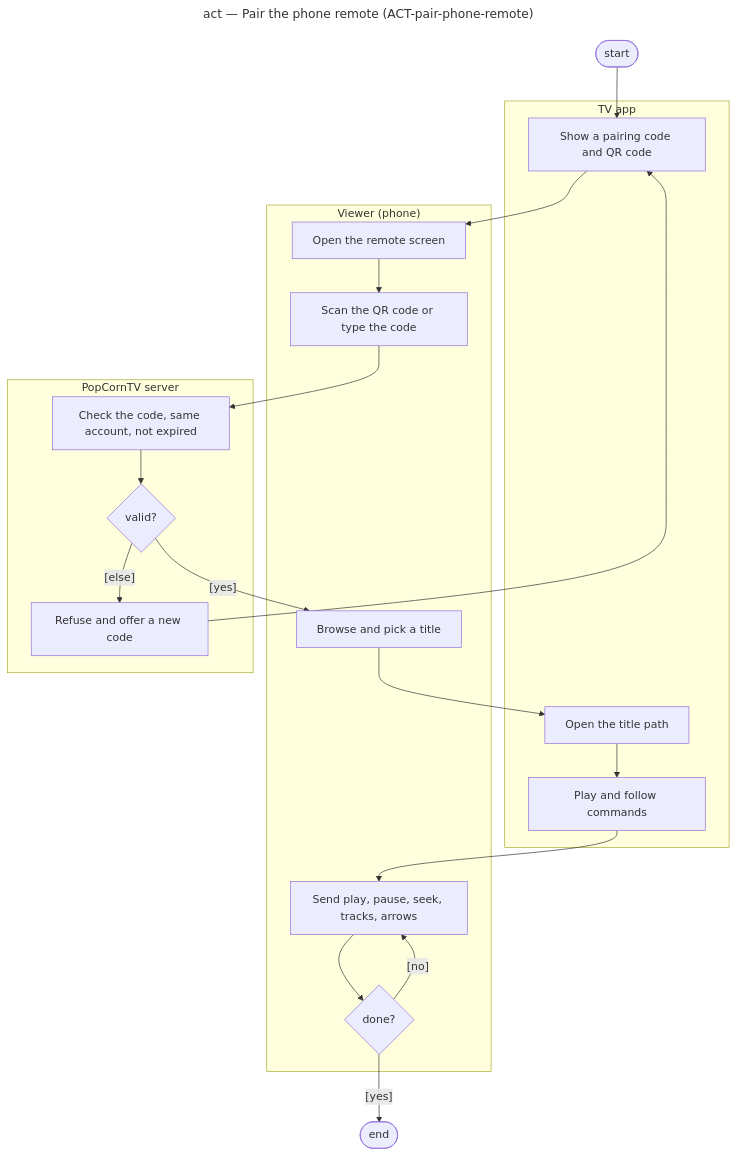
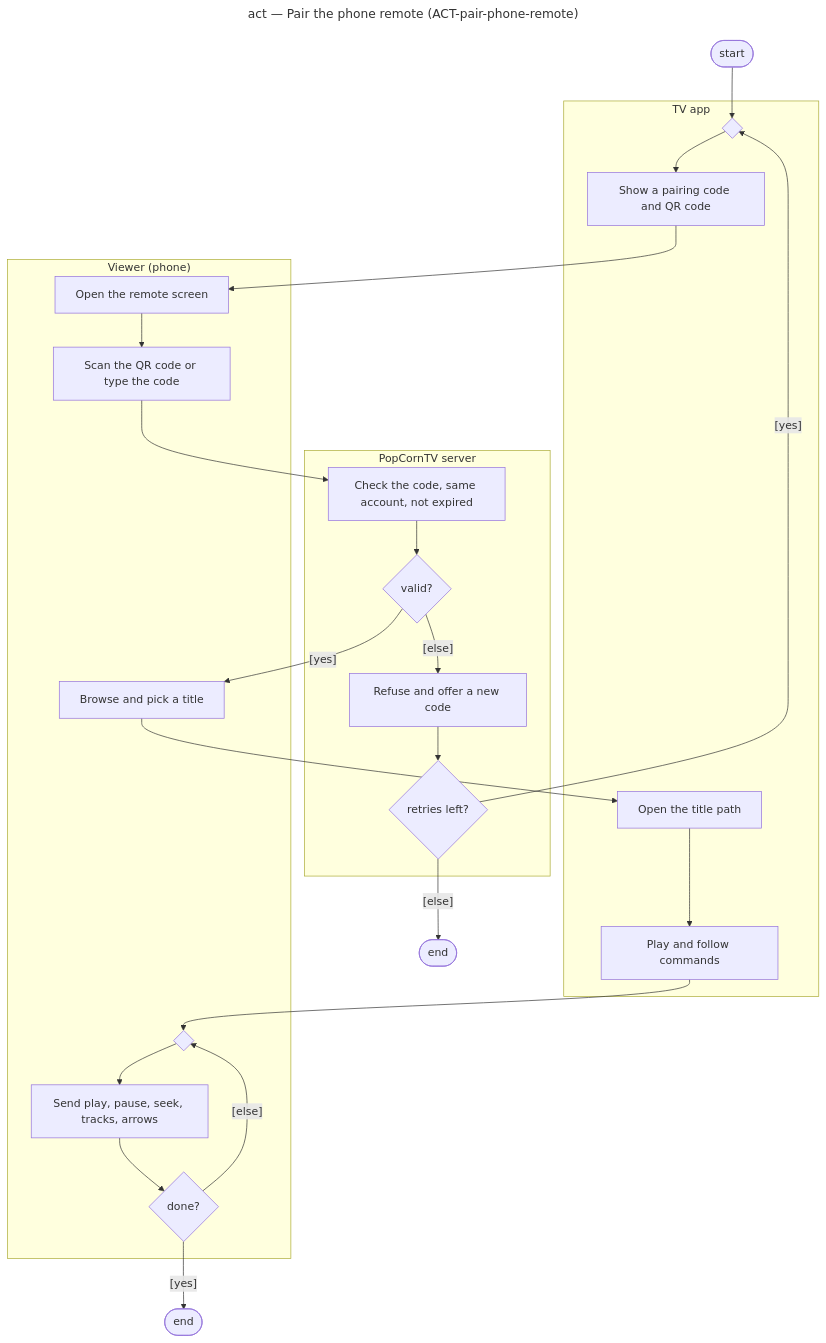
One commit to benoit-bremaud/popcorntv changed the diagram in docs/architecture/diagrams/redesign/07-activity-pair-phone-remote.md. Above: the diagram before and after it, drawn with Mermaid. The commit also changed other lines of this file and 21 other files, not shown here.

````diff
--- a/docs/architecture/diagrams/redesign/07-activity-pair-phone-remote.md
+++ b/docs/architecture/diagrams/redesign/07-activity-pair-phone-remote.md
@@ -8,29 +8,36 @@
 ```mermaid
 ---
 title: act — Pair the phone remote (ACT-pair-phone-remote)
 ---
 flowchart TD
-  Start(["start"]) --> C1
+  Start(["start"]) --> M1
   subgraph TV ["TV app"]
+    M1{" "}
     C1["Show a pairing code and QR code"]
     C6["Open the title path"]
     C7["Play and follow commands"]
   end
   subgraph Viewer ["Viewer (phone)"]
     C2["Open the remote screen"]
     C3["Scan the QR code or type the code"]
     C5["Browse and pick a title"]
+    M2{" "}
     C8["Send play, pause, seek, tracks, arrows"]
     D2{"done?"}
   end
   subgraph Server ["PopCornTV server"]
     C4["Check the code, same account, not expired"]
     D1{"valid?"}
     C9["Refuse and offer a new code"]
+    D3{"retries left?"}
   end
-  C1 --> C2 --> C3 --> C4 --> D1
-  D1 -->|"[yes]"| C5 --> C6 --> C7 --> C8 --> D2
-  D1 -->|"[else]"| C9 --> C1
-  D2 -->|"[no]"| C8
+  M1 --> C1 --> C2 --> C3 --> C4 --> D1
+  D1 -->|"[yes]"| C5 --> C6 --> C7
+  M2 --> C8 --> D2
+  C7 --> M2
+  D1 -->|"[else]"| C9 --> D3
+  D3 -->|"[yes]"| M1
+  D3 -->|"[else]"| End2(["end"])
+  D2 -->|"[else]"| M2
   D2 -->|"[yes]"| End(["end"])
 ```
````
